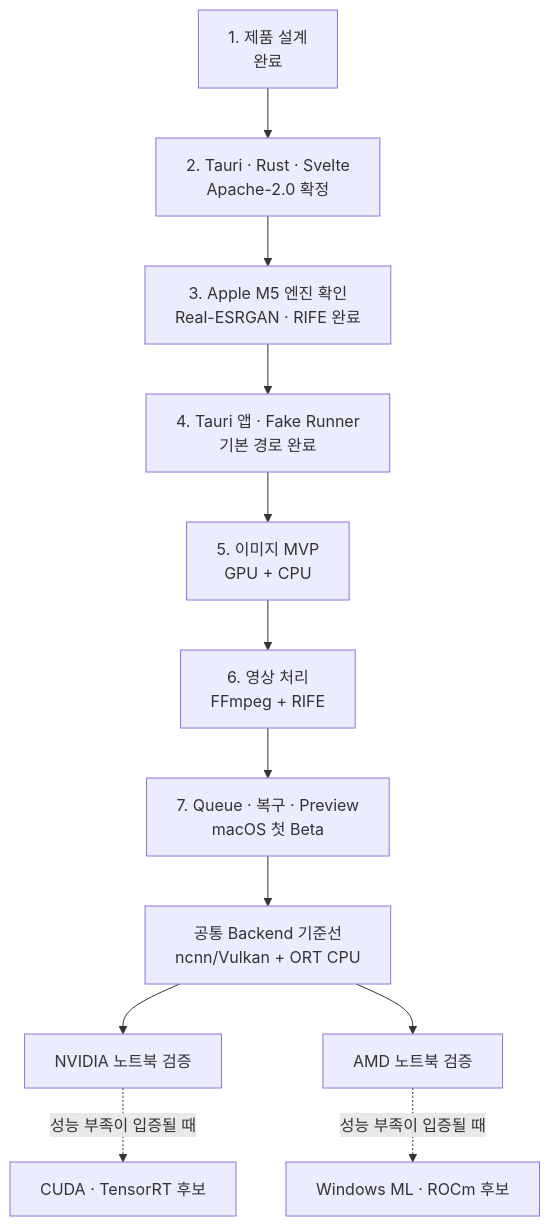
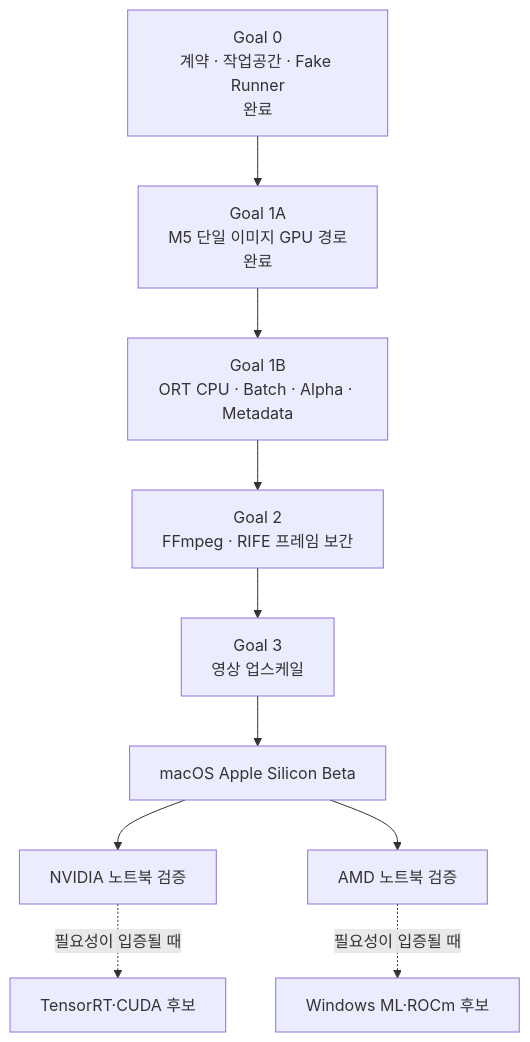
Before and after one commit to zooslab/zoos-upscale: the third of 3 diagrams in README.md, drawn with Mermaid. The commit also changed other lines of this file and 1 other file, not shown here.

Commit message:
docs: Goal 1A 구현 현황 반영

````diff
--- a/README.md
+++ b/README.md
@@ -84,15 +114,12 @@
 ```mermaid
 flowchart TB
-    A["1. 제품 설계<br/>완료"] --> B["2. Tauri · Rust · Svelte<br/>Apache-2.0 확정"]
-    B --> C["3. Apple M5 엔진 확인<br/>Real-ESRGAN · RIFE 완료"]
-    C --> D["4. Tauri 앱 · Fake Runner<br/>기본 경로 완료"]
-    D --> E["5. 이미지 MVP<br/>GPU + CPU"]
-    E --> F["6. 영상 처리<br/>FFmpeg + RIFE"]
-    F --> G["7. Queue · 복구 · Preview<br/>macOS 첫 Beta"]
-
-    G --> I["공통 Backend 기준선<br/>ncnn/Vulkan + ORT CPU"]
-    I --> N["NVIDIA 노트북 검증"]
-    I --> M["AMD 노트북 검증"]
-    N -. 성능 부족이 입증될 때 .-> NV["CUDA · TensorRT 후보"]
-    M -. 성능 부족이 입증될 때 .-> AM["Windows ML · ROCm 후보"]
+    G0["Goal 0<br/>계약 · 작업공간 · Fake Runner<br/>완료"] --> G1A["Goal 1A<br/>M5 단일 이미지 GPU 경로<br/>완료"]
+    G1A --> G1B["Goal 1B<br/>ORT CPU · Batch · Alpha · Metadata"]
+    G1B --> G2["Goal 2<br/>FFmpeg · RIFE 프레임 보간"]
+    G2 --> G3["Goal 3<br/>영상 업스케일"]
+    G3 --> BETA["macOS Apple Silicon Beta"]
+    BETA --> NV["NVIDIA 노트북 검증"]
+    BETA --> AMD["AMD 노트북 검증"]
+    NV -. "필요성이 입증될 때" .-> CUDA["TensorRT·CUDA 후보"]
+    AMD -. "필요성이 입증될 때" .-> ROCM["Windows ML·ROCm 후보"]
 ```
````
